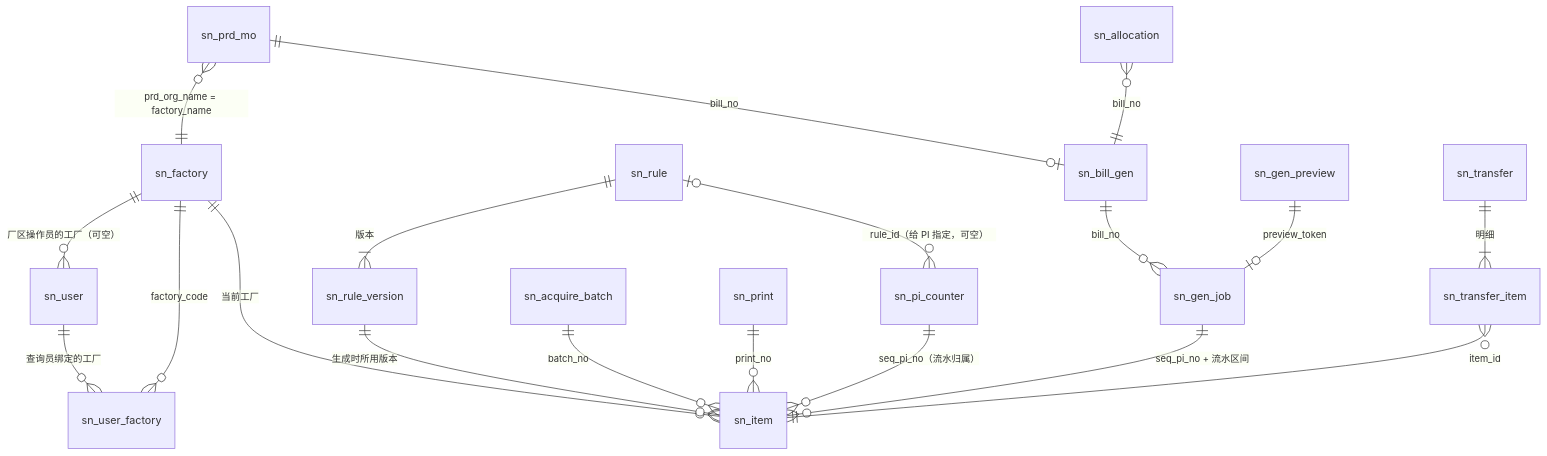
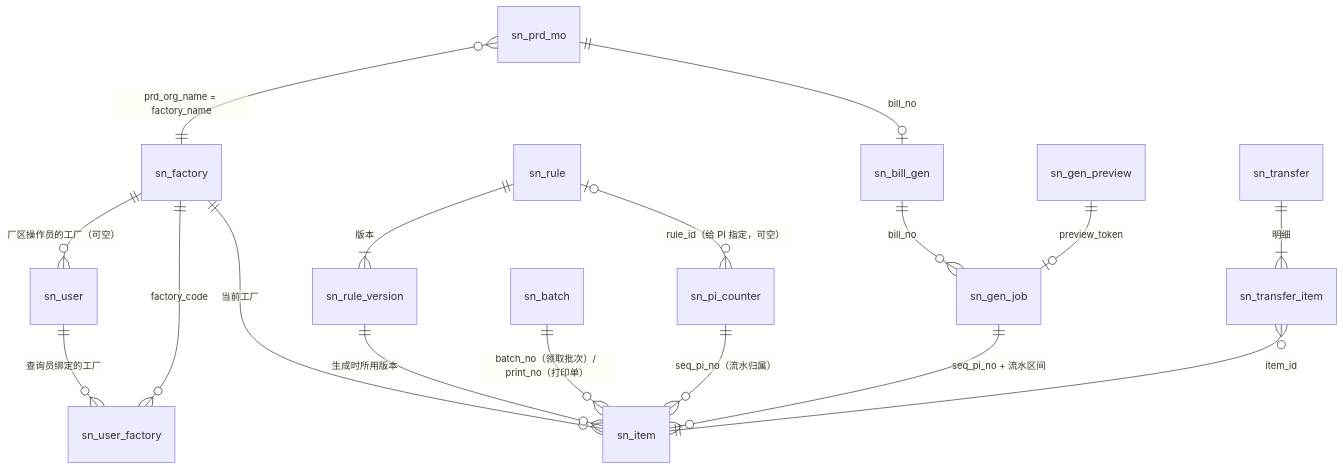
The diagram in docs/数据库表设计.md (Createsnow/sn-center), drawn with Mermaid before and after one commit. The commit also changed other lines of this file and 28 other files, not shown here.

````diff
--- a/docs/数据库表设计.md
+++ b/docs/数据库表设计.md
@@ -38,21 +38,19 @@
 ```mermaid
 erDiagram
     sn_factory ||--o{ sn_user : "厂区操作员的工厂（可空）"
     sn_user ||--o{ sn_user_factory : "查询员绑定的工厂"
     sn_factory ||--o{ sn_user_factory : "factory_code"
     sn_factory ||--o{ sn_item : "当前工厂"
     sn_rule ||--|{ sn_rule_version : "版本"
     sn_rule |o--o{ sn_pi_counter : "rule_id（给 PI 指定，可空）"
     sn_rule_version ||--o{ sn_item : "生成时所用版本"
     sn_prd_mo }o--|| sn_factory : "prd_org_name = factory_name"
     sn_prd_mo ||--o| sn_bill_gen : "bill_no"
     sn_bill_gen ||--o{ sn_gen_job : "bill_no"
     sn_gen_preview ||--o| sn_gen_job : "preview_token"
     sn_gen_job ||--o{ sn_item : "seq_pi_no + 流水区间"
     sn_pi_counter ||--o{ sn_item : "seq_pi_no（流水归属）"
-    sn_acquire_batch ||--o{ sn_item : "batch_no"
-    sn_print ||--o{ sn_item : "print_no"
+    sn_batch ||--o{ sn_item : "batch_no（领取批次）/ print_no（打印单）"
     sn_transfer ||--|{ sn_transfer_item : "明细"
     sn_transfer_item }o--|| sn_item : "item_id"
-    sn_allocation }o--|| sn_bill_gen : "bill_no"
 ```
````
